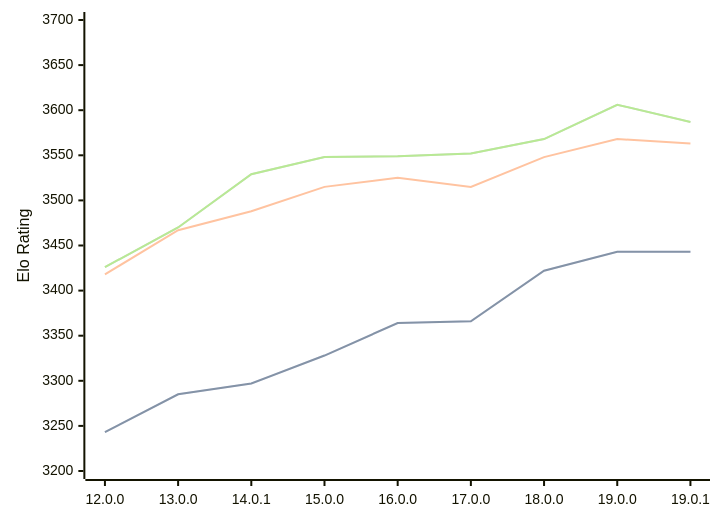
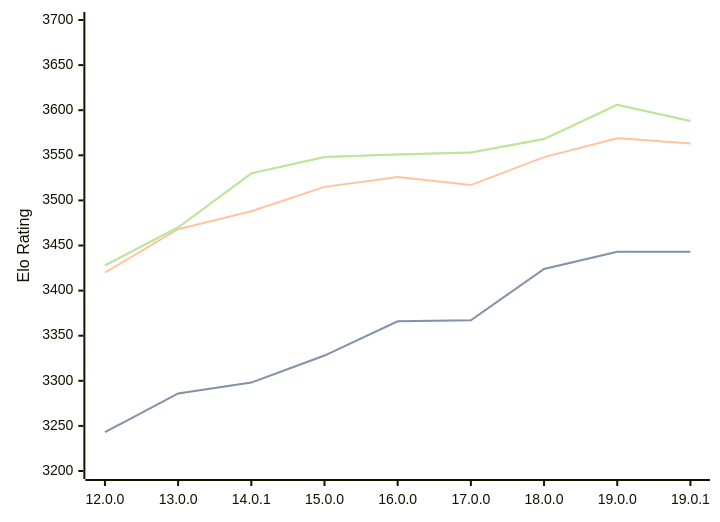
The diagram in engines/Viridithas.md (computer-chess-index/cci), drawn with Mermaid before and after one commit. The commit also changed other lines of this file, not shown here.

Commit message:
Update CCI Ratings (ELO VLTC) - 2026-04-24

````diff
--- a/engines/Viridithas.md
+++ b/engines/Viridithas.md
@@ -63,11 +63,11 @@
 ```mermaid
 %%{init: {"theme":"base","themeVariables":{"seriesColors:['#a3a3a3','#222221','#faa371']}}}%%
 xychart-beta
   x-axis ["12.0.0", "13.0.0", "14.0.1", "15.0.0", "16.0.0", "17.0.0", "18.0.0", "19.0.0", "19.0.1"]
   y-axis "Elo Rating" 3200 --> 3700
-  line "STC (8.0+0.08s)" [3243, 3285, 3297, 3328, 3364, 3366, 3422, 3443, 3443]
-  line "STC (8.0+0.08s)" [3243, 3285, 3297, 3328, 3364, 3366, 3422, 3443, 3443]
-  line "LTC (60.0+0.60s)" [3418, 3467, 3488, 3515, 3525, 3515, 3548, 3568, 3563]
-  line "VLTC (2m24s+1.12s)" [3426, 3470, 3529, 3548, 3549, 3552, 3568, 3606, 3587]
-  line "VLTC (2m24s+1.12s)" [3426, 3470, 3529, 3548, 3549, 3552, 3568, 3606, 3587]
+  line "STC (8.0+0.08s)" [3243, 3286, 3298, 3328, 3366, 3367, 3424, 3443, 3443]
+  line "STC (8.0+0.08s)" [3243, 3286, 3298, 3328, 3366, 3367, 3424, 3443, 3443]
+  line "LTC (60.0+0.60s)" [3420, 3468, 3488, 3515, 3526, 3517, 3548, 3569, 3563]
+  line "VLTC (2m24s+1.12s)" [3428, 3470, 3530, 3548, 3551, 3553, 3568, 3606, 3588]
+  line "VLTC (2m24s+1.12s)" [3428, 3470, 3530, 3548, 3551, 3553, 3568, 3606, 3588]
 ```
````
